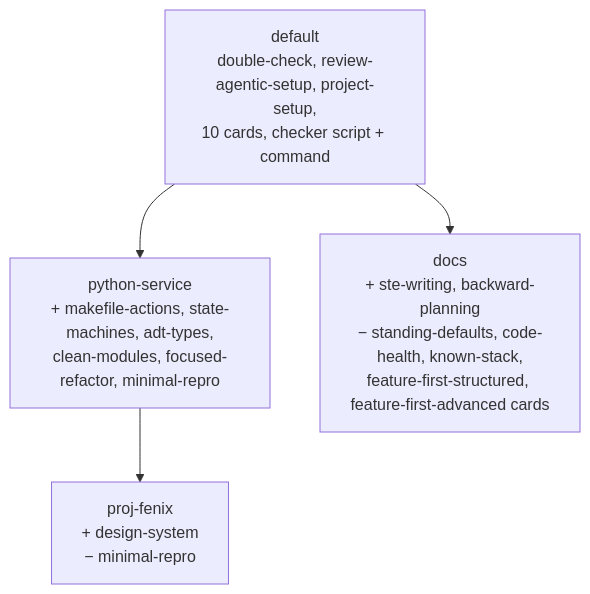
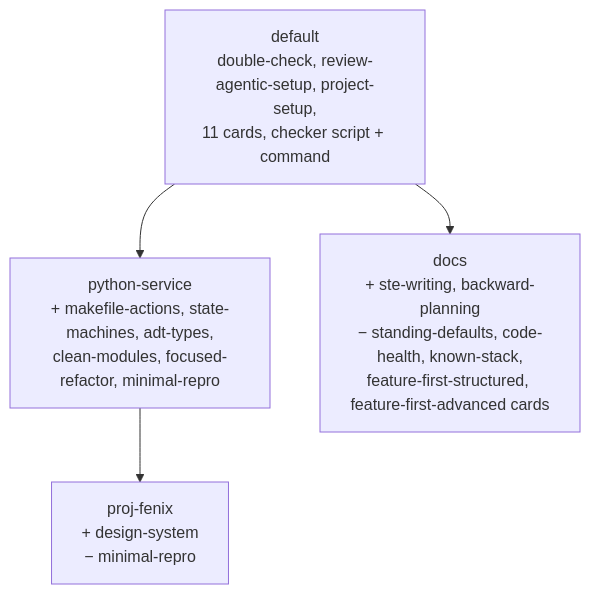
One commit to epatel/ast-repo changed the diagram in README.md. Above: the diagram before and after it, drawn with Mermaid. The commit also changed other lines of this file and 12 other files, not shown here.

First line of the commit message:
Update cards from ai.memention.net (ai-setup 67c933d)

````diff
--- a/README.md
+++ b/README.md
@@ -34,10 +35,10 @@
 ```mermaid
 flowchart TD
-    default["default<br>double-check, review-agentic-setup, project-setup,<br>10 cards, checker script + command"]
+    default["default<br>double-check, review-agentic-setup, project-setup,<br>11 cards, checker script + command"]
     python["python-service<br>+ makefile-actions, state-machines, adt-types,<br>clean-modules, focused-refactor, minimal-repro"]
     docs["docs<br>+ ste-writing, backward-planning<br>− standing-defaults, code-health, known-stack,<br>feature-first-structured, feature-first-advanced cards"]
     fenix["proj-fenix<br>+ design-system<br>− minimal-repro"]
     default --> python
     default --> docs
     python --> fenix
 ```
````
